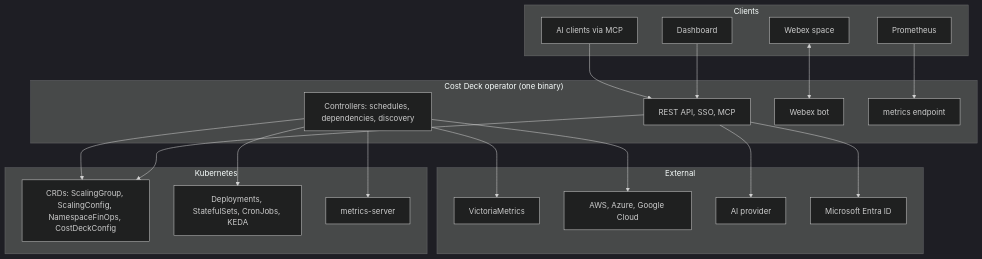
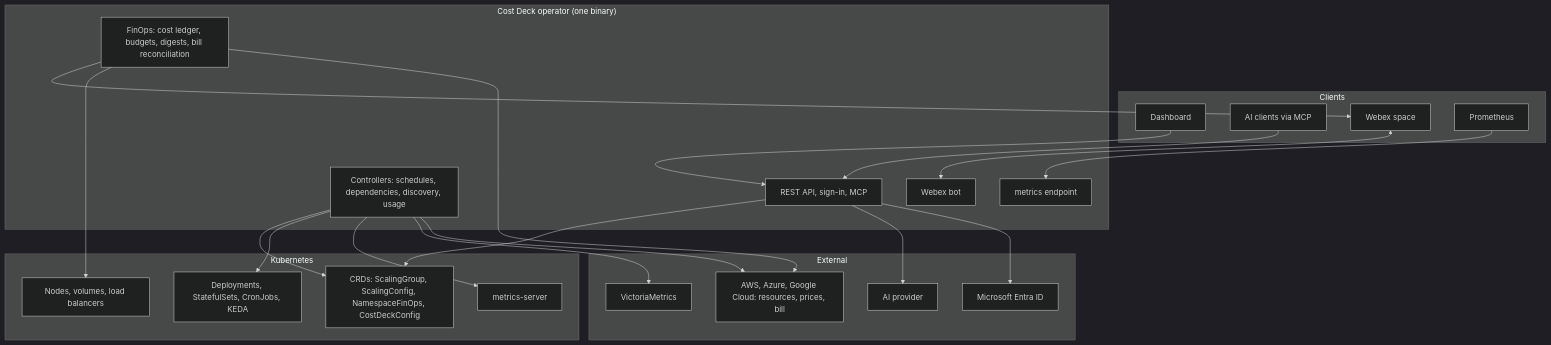
Before and after one commit to migalsp/costdeck: the diagram in README.md, drawn with Mermaid (dark theme). The commit also changed other lines of this file and 5 other files, not shown here.

````diff
--- a/README.md
+++ b/README.md
@@ -74,42 +108,47 @@
 ```mermaid
 graph TD
     subgraph Clients
         UI[Dashboard]
         AI[AI clients via MCP]
         WX[Webex space]
         PR[Prometheus]
     end
 
     subgraph Operator["Cost Deck operator (one binary)"]
-        API[REST API, SSO, MCP]
-        CTRL[Controllers: schedules, dependencies, discovery]
+        API[REST API, sign-in, MCP]
+        CTRL[Controllers: schedules, dependencies, discovery, usage]
+        FIN[FinOps: cost ledger, budgets, digests, bill reconciliation]
         BOT[Webex bot]
         MET[metrics endpoint]
     end
 
     subgraph Cluster["Kubernetes"]
         CRD[CRDs: ScalingGroup, ScalingConfig, NamespaceFinOps, CostDeckConfig]
         WL[Deployments, StatefulSets, CronJobs, KEDA]
+        INF[Nodes, volumes, load balancers]
         MS[metrics-server]
     end
 
     subgraph External
         VM[VictoriaMetrics]
-        AWS[AWS, Azure, Google Cloud]
+        CLOUD[AWS, Azure, Google Cloud: resources, prices, bill]
         LLM[AI provider]
         ENTRA[Microsoft Entra ID]
     end
 
     UI --> API
     AI --> API
     WX <--> BOT
+    FIN --> WX
     PR --> MET
     API --> CRD
     CTRL --> CRD
     CTRL --> WL
-    CTRL --> AWS
     CTRL --> MS
     CTRL --> VM
+    CTRL --> CLOUD
+    FIN --> INF
+    FIN --> CLOUD
     API --> LLM
     API --> ENTRA
 ```
````
